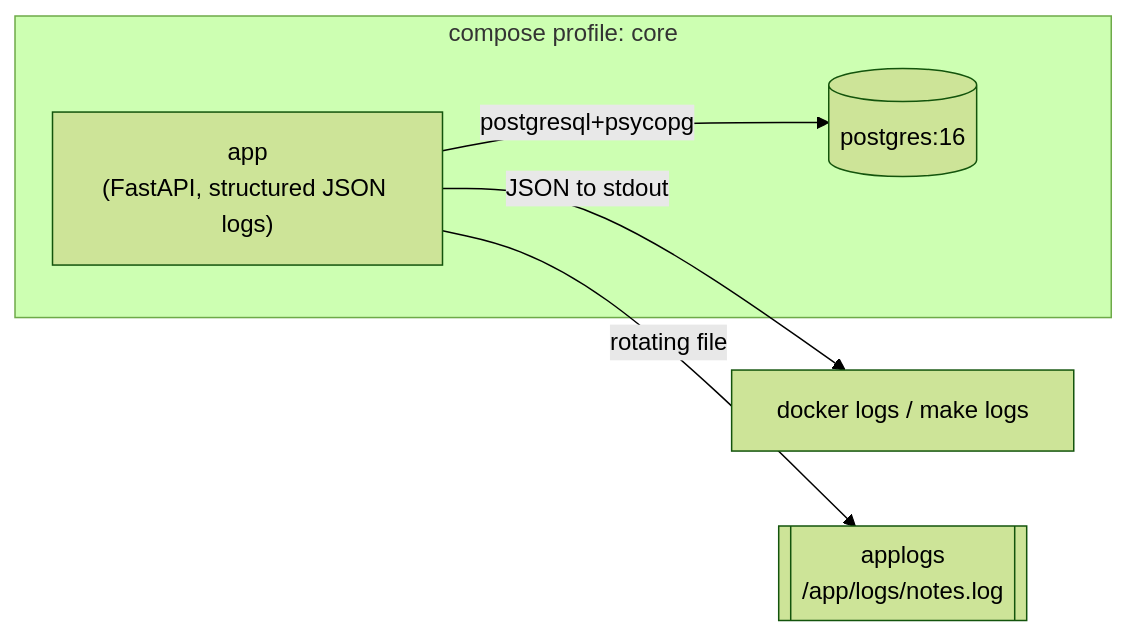
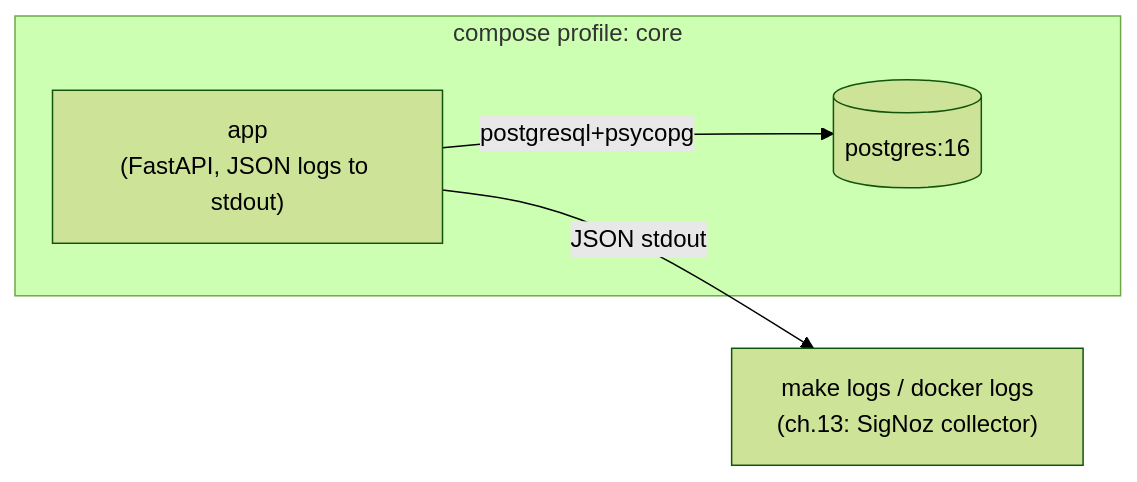
Before and after one commit to ShabdChegu/devops-course-day2: the diagram in docs/06-logging.md, drawn with Mermaid (forest theme). The commit also changed other lines of this file and 7 other files, not shown here.

First line of the commit message:
ch.6: simplify logging - JSON to stdout only, drop the rotation/volume

````diff
--- a/docs/06-logging.md
+++ b/docs/06-logging.md
@@ -211,10 +188,9 @@
 ```mermaid
 flowchart LR
     subgraph core["compose profile: core"]
-        app["app<br/>(FastAPI, structured JSON logs)"]
+        app["app<br/>(FastAPI, JSON logs to stdout)"]
         db[("postgres:16")]
         app -->|postgresql+psycopg| db
     end
-    app -->|"JSON to stdout"| out["docker logs / make logs"]
-    app -->|"rotating file"| vol[["applogs<br/>/app/logs/notes.log"]]
+    app -->|"JSON stdout"| out["make logs / docker logs<br/>(ch.13: SigNoz collector)"]
 ```
````
